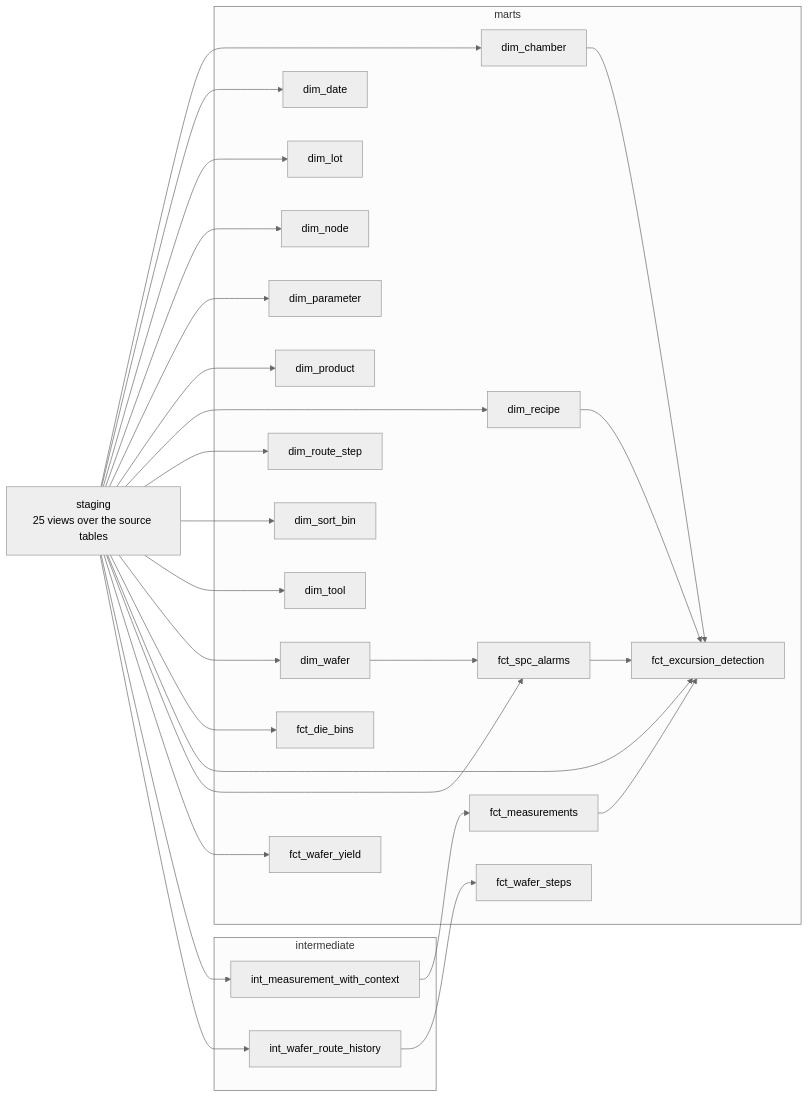
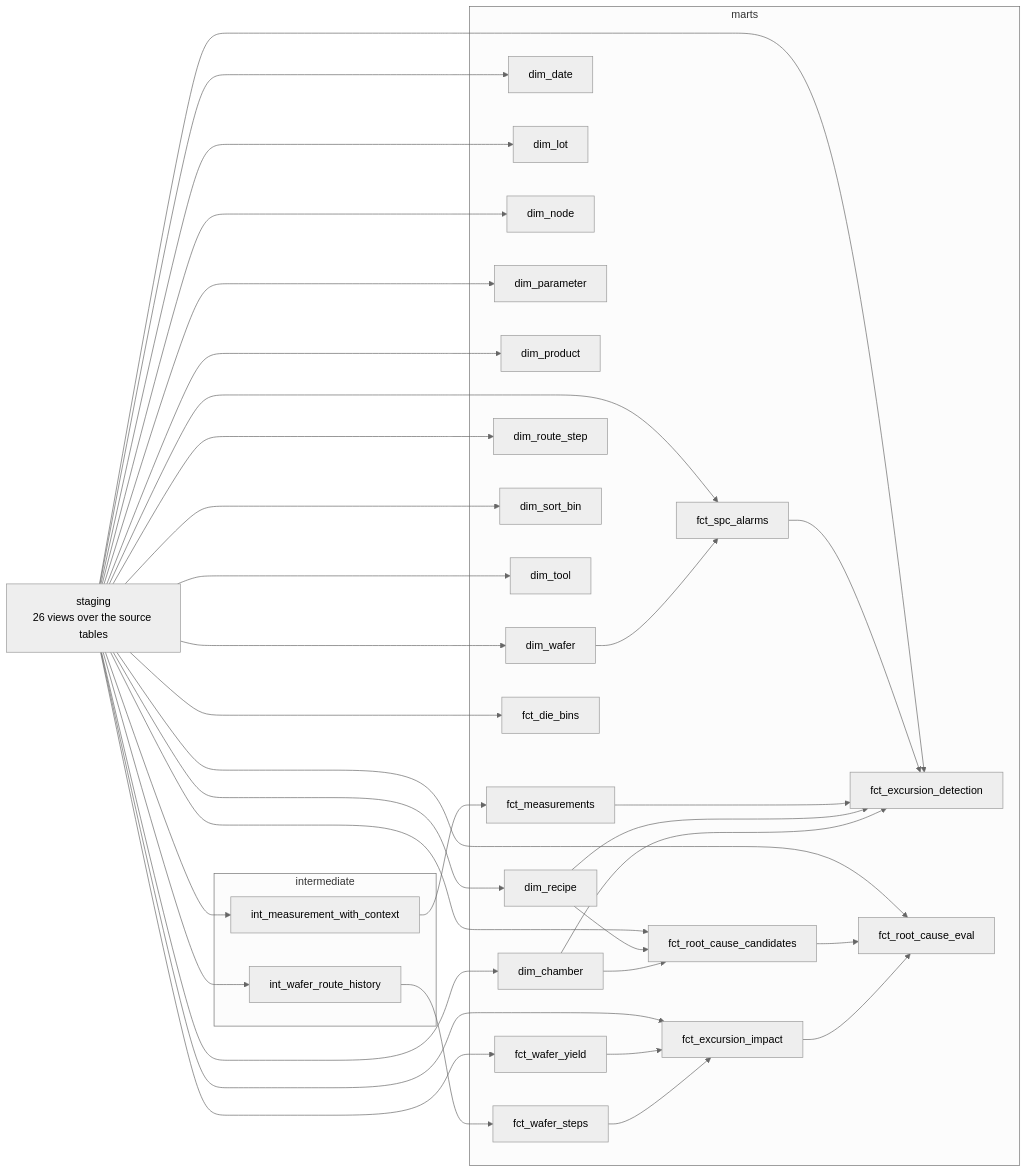
Before and after one commit to anson10/waferLens: the diagram in docs/dbt.md, drawn with Mermaid (neutral theme). The commit also changed other lines of this file and 28 other files, not shown here.

````diff
--- a/docs/dbt.md
+++ b/docs/dbt.md
@@ -12,51 +12,63 @@
 ```mermaid
 flowchart LR
-    staging["staging<br/>25 views over the source tables"]
+    staging["staging<br/>26 views over the source tables"]
     subgraph intermediate_layer [intermediate]
         int_measurement_with_context
         int_wafer_route_history
     end
     subgraph marts_layer [marts]
         dim_chamber
         dim_date
         dim_lot
         dim_node
         dim_parameter
         dim_product
         dim_recipe
         dim_route_step
         dim_sort_bin
         dim_tool
         dim_wafer
         fct_die_bins
         fct_excursion_detection
+        fct_excursion_impact
         fct_measurements
+        fct_root_cause_candidates
+        fct_root_cause_eval
         fct_spc_alarms
         fct_wafer_steps
         fct_wafer_yield
     end
     dim_chamber --> fct_excursion_detection
+    dim_chamber --> fct_root_cause_candidates
     dim_recipe --> fct_excursion_detection
+    dim_recipe --> fct_root_cause_candidates
     dim_wafer --> fct_spc_alarms
+    fct_excursion_impact --> fct_root_cause_eval
     fct_measurements --> fct_excursion_detection
+    fct_root_cause_candidates --> fct_root_cause_eval
     fct_spc_alarms --> fct_excursion_detection
+    fct_wafer_steps --> fct_excursion_impact
+    fct_wafer_yield --> fct_excursion_impact
     int_measurement_with_context --> fct_measurements
     int_wafer_route_history --> fct_wafer_steps
     staging --> dim_chamber
     staging --> dim_date
     staging --> dim_lot
     staging --> dim_node
     staging --> dim_parameter
     staging --> dim_product
     staging --> dim_recipe
     staging --> dim_route_step
     staging --> dim_sort_bin
     staging --> dim_tool
     staging --> dim_wafer
     staging --> fct_die_bins
     staging --> fct_excursion_detection
+    staging --> fct_excursion_impact
+    staging --> fct_root_cause_candidates
+    staging --> fct_root_cause_eval
     staging --> fct_spc_alarms
     staging --> fct_wafer_yield
     staging --> int_measurement_with_context
     staging --> int_wafer_route_history
 ```
````
